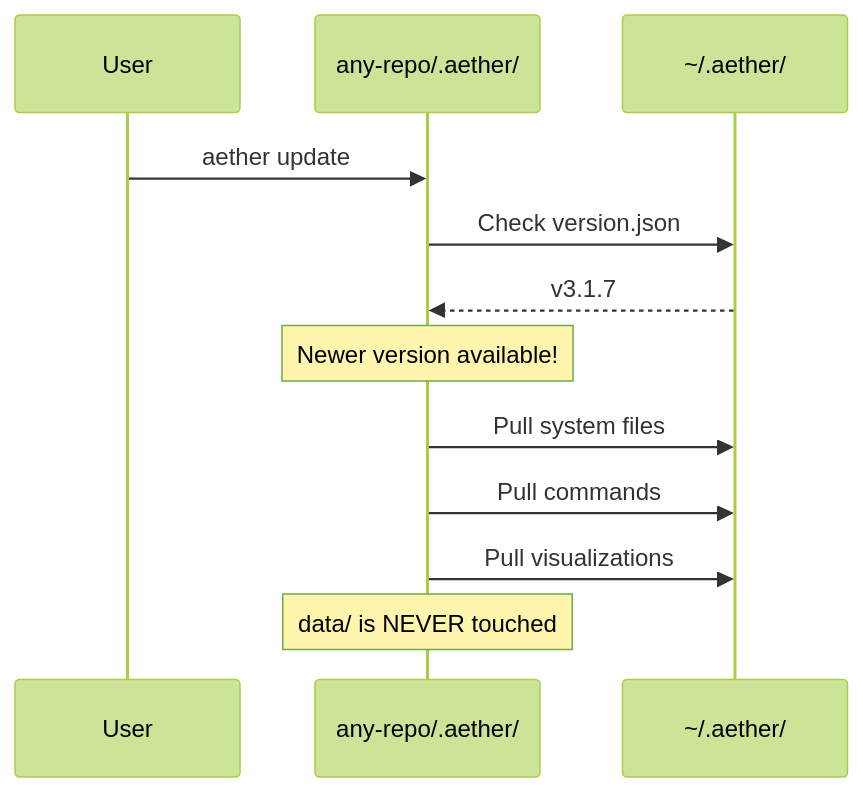
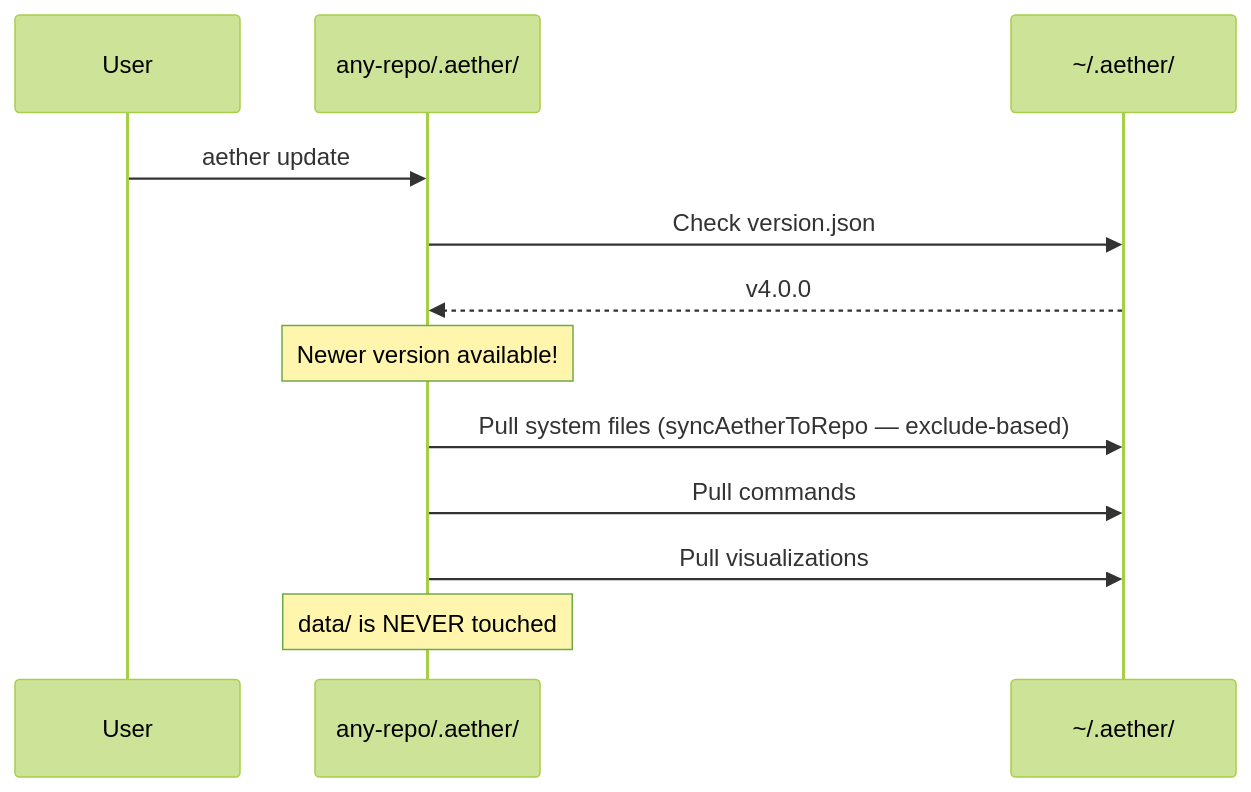
Before and after one commit to calcosmic/Aether: the fourth of 4 diagrams in RUNTIME UPDATE ARCHITECTURE.md, drawn with Mermaid (forest theme). The commit also changed other lines of this file and 2 other files, not shown here.

First line of the commit message:
docs(20-03): update architecture docs for v4.0 direct packaging

````diff
--- a/RUNTIME UPDATE ARCHITECTURE.md
+++ b/RUNTIME UPDATE ARCHITECTURE.md
@@ -112,15 +106,15 @@
 ```mermaid
 sequenceDiagram
     participant User
     participant Repo as any-repo/.aether/
     participant Hub as ~/.aether/
 
     User->>Repo: aether update
     Repo->>Hub: Check version.json
-    Hub-->>Repo: v3.1.7
+    Hub-->>Repo: v4.0.0
     Note over Repo: Newer version available!
-    Repo->>Hub: Pull system files
+    Repo->>Hub: Pull system files (syncAetherToRepo — exclude-based)
     Repo->>Hub: Pull commands
     Repo->>Hub: Pull visualizations
     Note over Repo: data/ is NEVER touched
 ```
````
